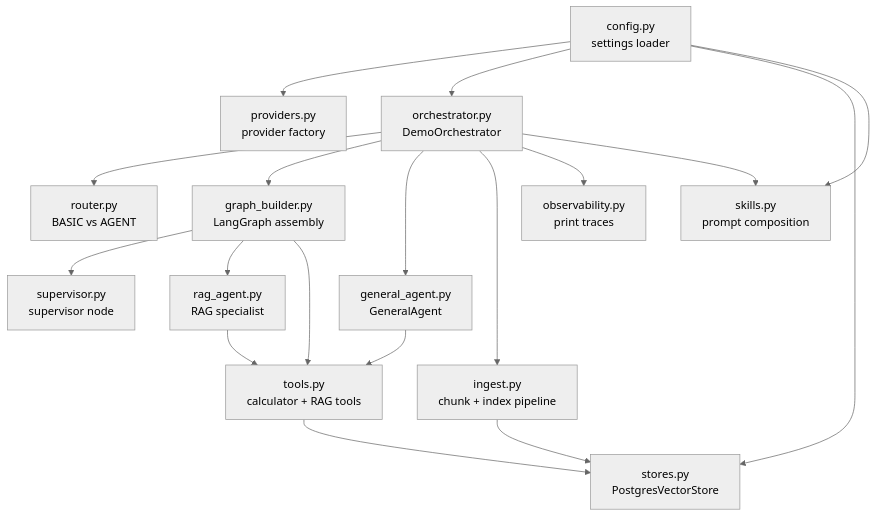
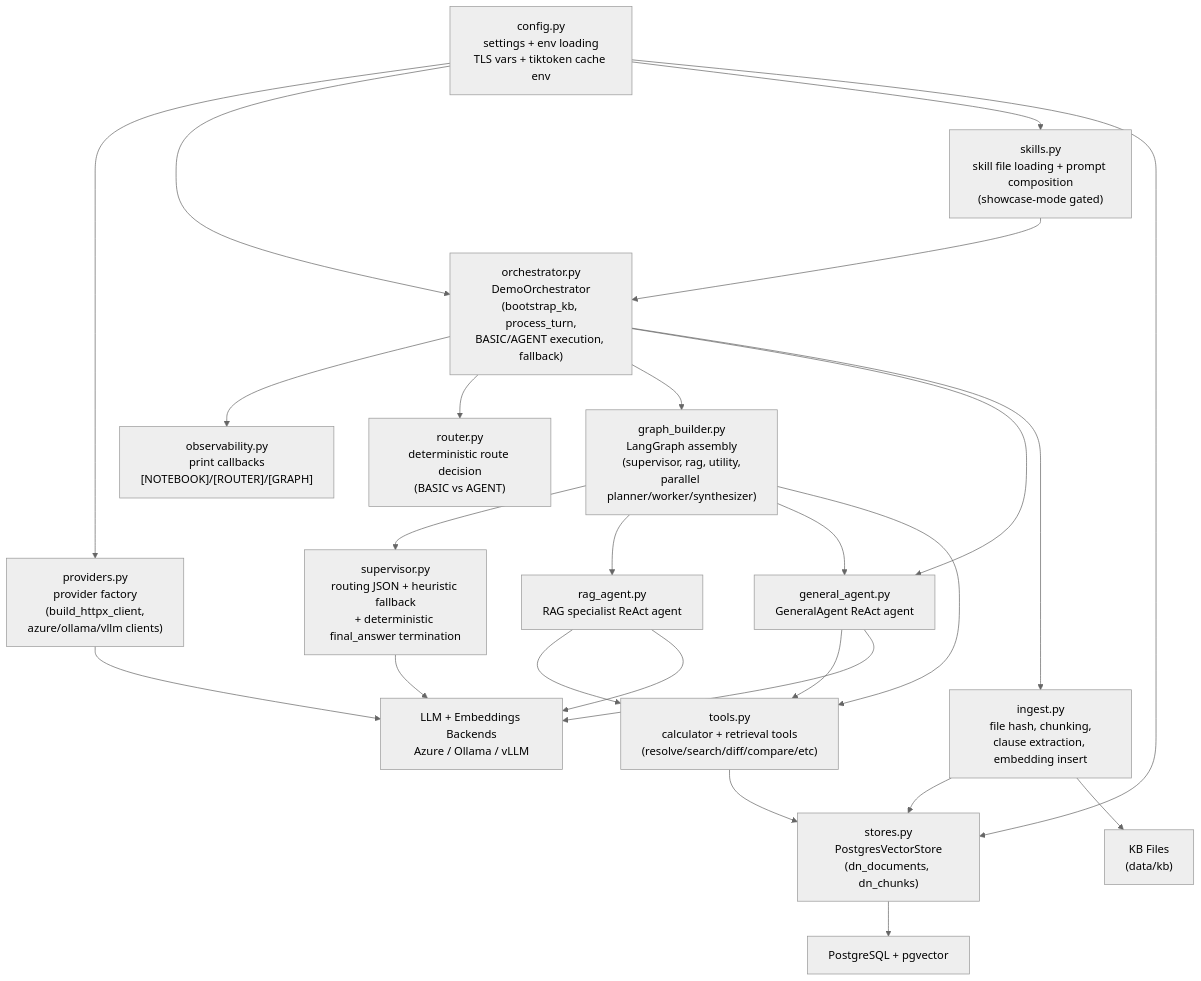
One commit to browntitan/rag_agent changed the third of 4 diagrams in demo_notebook/docs/C4_ARCHITECTURE.md. Above: the diagram before and after it, drawn with Mermaid (neutral theme). The commit also changed other lines of this file and 2 other files, not shown here.

Commit message:
updated readme and supporting documents

````diff
--- a/demo_notebook/docs/C4_ARCHITECTURE.md
+++ b/demo_notebook/docs/C4_ARCHITECTURE.md
@@ -45,37 +52,51 @@
 ```mermaid
 flowchart TD
-    CFG["config.py\nsettings loader"]
-    PROV["providers.py\nprovider factory"]
-    ORCH["orchestrator.py\nDemoOrchestrator"]
-    ROUTE["router.py\nBASIC vs AGENT"]
-    GRAPH["graph_builder.py\nLangGraph assembly"]
-    SUP["supervisor.py\nsupervisor node"]
-    RAG["rag_agent.py\nRAG specialist"]
-    GEN["general_agent.py\nGeneralAgent"]
-    TOOLS["tools.py\ncalculator + RAG tools"]
-    STORES["stores.py\nPostgresVectorStore"]
-    INGEST["ingest.py\nchunk + index pipeline"]
-    OBS["observability.py\nprint traces"]
-    SK["skills.py\nprompt composition"]
+    CFG["config.py\nsettings + env loading\nTLS vars + tiktoken cache env"]
+    PROV["providers.py\nprovider factory\n(build_httpx_client,\nazure/ollama/vllm clients)"]
+    ORCH["orchestrator.py\nDemoOrchestrator\n(bootstrap_kb, process_turn,\nBASIC/AGENT execution, fallback)"]
+    SK["skills.py\nskill file loading + prompt composition\n(showcase-mode gated)"]
+    OBS["observability.py\nprint callbacks\n[NOTEBOOK]/[ROUTER]/[GRAPH]"]
+
+    ROUTE["router.py\ndeterministic route decision\n(BASIC vs AGENT)"]
+    GRAPH["graph_builder.py\nLangGraph assembly\n(supervisor, rag, utility,\nparallel planner/worker/synthesizer)"]
+    SUP["supervisor.py\nrouting JSON + heuristic fallback\n+ deterministic final_answer termination"]
+    RAG["rag_agent.py\nRAG specialist ReAct agent"]
+    GEN["general_agent.py\nGeneralAgent ReAct agent"]
+    TOOLS["tools.py\ncalculator + retrieval tools\n(resolve/search/diff/compare/etc)"]
+
+    STORE["stores.py\nPostgresVectorStore\n(dn_documents, dn_chunks)"]
+    INGEST["ingest.py\nfile hash, chunking,\nclause extraction, embedding insert"]
+
+    LLM["LLM + Embeddings Backends\nAzure / Ollama / vLLM"]
+    KB["KB Files\n(data/kb)"]
+    DB["PostgreSQL + pgvector"]
 
     CFG --> PROV
     CFG --> ORCH
-    CFG --> STORES
     CFG --> SK
+    CFG --> STORE
 
+    SK --> ORCH
+    ORCH --> OBS
     ORCH --> ROUTE
     ORCH --> GRAPH
     ORCH --> GEN
     ORCH --> INGEST
-    ORCH --> OBS
-    ORCH --> SK
 
     GRAPH --> SUP
     GRAPH --> RAG
+    GRAPH --> GEN
     GRAPH --> TOOLS
+
+    RAG --> TOOLS
     GEN --> TOOLS
-    RAG --> TOOLS
+    TOOLS --> STORE
+    INGEST --> STORE
+    INGEST --> KB
 
-    TOOLS --> STORES
-    INGEST --> STORES
+    PROV --> LLM
+    RAG --> LLM
+    GEN --> LLM
+    SUP --> LLM
+    STORE --> DB
 ```
````
